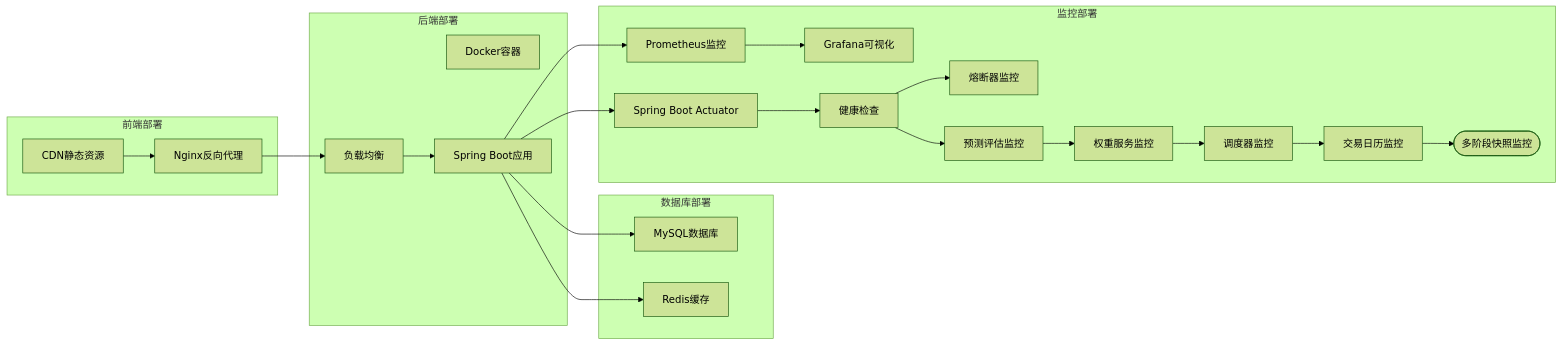
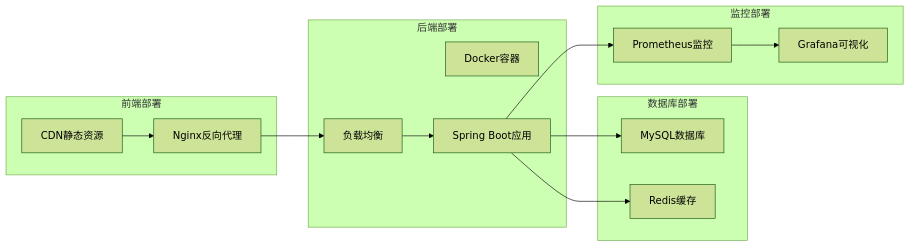
Before and after one commit to gree-coder/fund-butler: diagram 23 of 23 in .qoder/repowiki/zh/content/核心功能开发/多源基金估值系统.md, drawn with Mermaid (forest theme). The commit also changed other lines of this file and 21 other files, not shown here.

````diff
--- a/.qoder/repowiki/zh/content/核心功能开发/多源基金估值系统.md
+++ b/.qoder/repowiki/zh/content/核心功能开发/多源基金估值系统.md
@@ -1322,43 +1069,27 @@
 ```mermaid
 graph LR
 subgraph "前端部署"
 CDN[CDN静态资源]
 Nginx[Nginx反向代理]
 end
 subgraph "后端部署"
 Docker[Docker容器]
 LoadBalancer[负载均衡]
 SpringBoot[Spring Boot应用]
 end
 subgraph "数据库部署"
 MySQL[MySQL数据库]
 Redis[Redis缓存]
 end
 subgraph "监控部署"
 Prometheus[Prometheus监控]
 Grafana[Grafana可视化]
-Actuator[Spring Boot Actuator]
-HealthCheck[健康检查]
-CircuitBreaker[熔断器监控]
-EstimatePrediction[预测评估监控]
-WeightService[权重服务监控]
-Scheduler[调度器监控]
-TradingCalendar[交易日历监控]
-End([多阶段快照监控])
 end
 CDN --> Nginx
 Nginx --> LoadBalancer
 LoadBalancer --> SpringBoot
 SpringBoot --> MySQL
 SpringBoot --> Redis
 SpringBoot --> Prometheus
 Prometheus --> Grafana
-SpringBoot --> Actuator
-Actuator --> HealthCheck
-HealthCheck --> CircuitBreaker
-HealthCheck --> EstimatePrediction
-EstimatePrediction --> WeightService
-WeightService --> Scheduler
-Scheduler --> TradingCalendar
-TradingCalendar --> End
 ```
````
